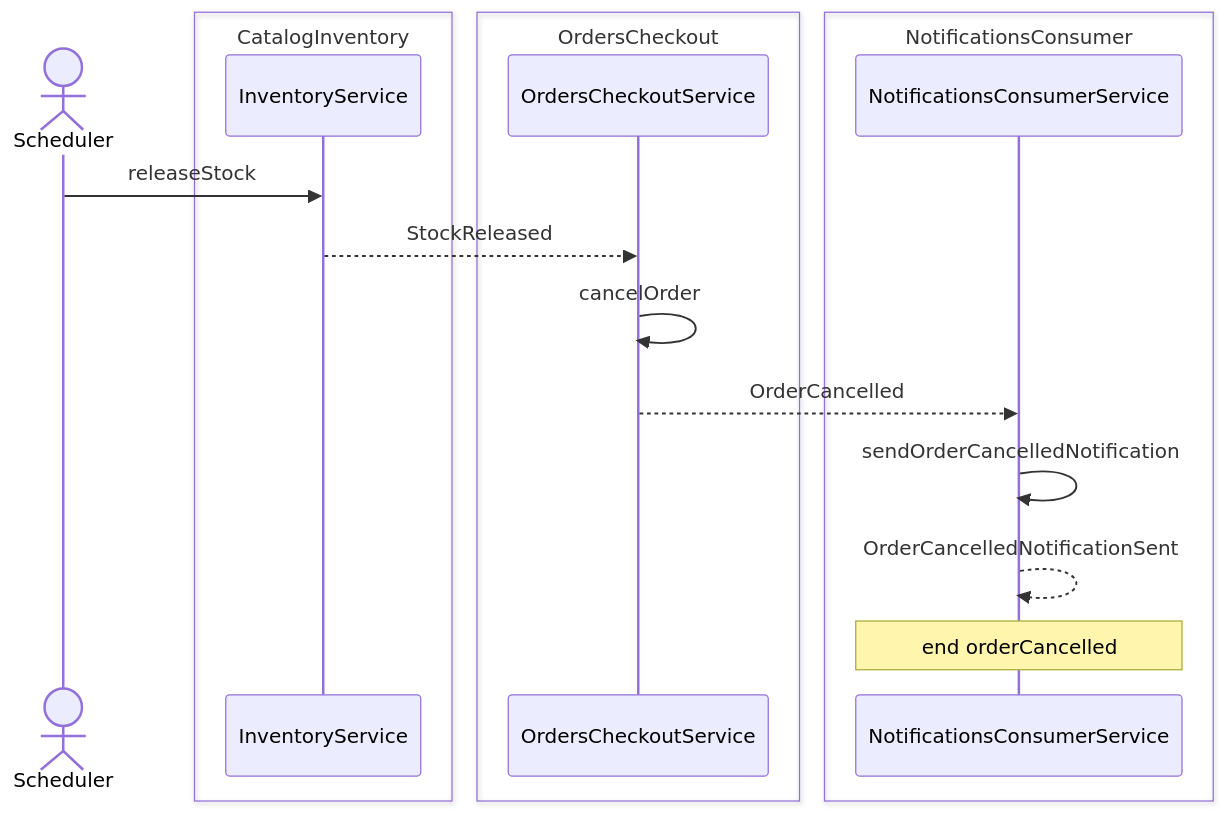
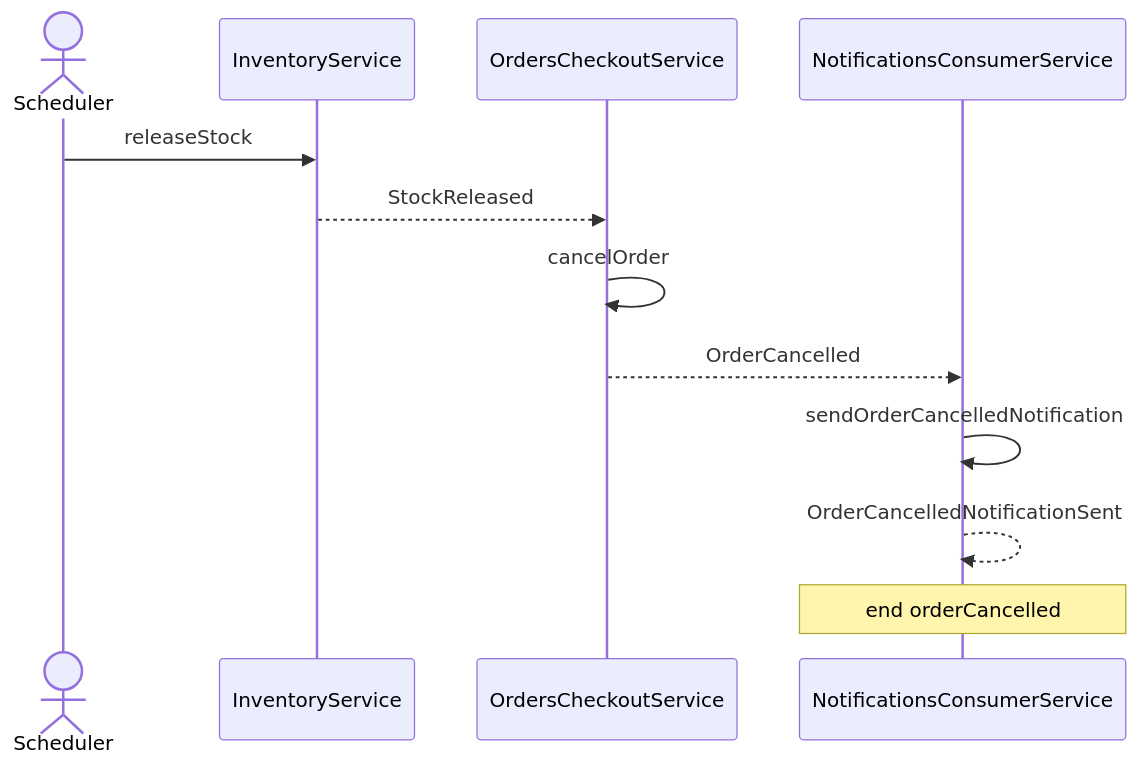
One commit to ZenWave360/dsl-kotlin changed diagram 13 of 13 in dsl-docs/src/commonTest/resources/snapshots/orders-checkout/flows/place-order-flow.md. Above: the diagram before and after it, drawn with Mermaid. The commit also changed other lines of this file and 4 other files, not shown here.

Commit message:
feat(views): sequence diagrams without system boxes around participants

````diff
--- a/dsl-docs/src/commonTest/resources/snapshots/orders-checkout/flows/place-order-flow.md
+++ b/dsl-docs/src/commonTest/resources/snapshots/orders-checkout/flows/place-order-flow.md
@@ -684,20 +586,14 @@
 ```mermaid
 sequenceDiagram
     actor Scheduler
-    box transparent CatalogInventory
-        participant InventoryService as InventoryService
-    end
-    box transparent OrdersCheckout
-        participant OrdersCheckoutService as OrdersCheckoutService
-    end
-    box transparent NotificationsConsumer
-        participant NotificationsConsumerService as NotificationsConsumerService
-    end
+    participant InventoryService as InventoryService
+    participant OrdersCheckoutService as OrdersCheckoutService
+    participant NotificationsConsumerService as NotificationsConsumerService
     Scheduler->>InventoryService: releaseStock
     InventoryService-->>OrdersCheckoutService: StockReleased
     OrdersCheckoutService->>OrdersCheckoutService: cancelOrder
     OrdersCheckoutService-->>NotificationsConsumerService: OrderCancelled
     NotificationsConsumerService->>NotificationsConsumerService: sendOrderCancelledNotification
     NotificationsConsumerService-->>NotificationsConsumerService: OrderCancelledNotificationSent
     Note over NotificationsConsumerService: end orderCancelled
 ```
````
